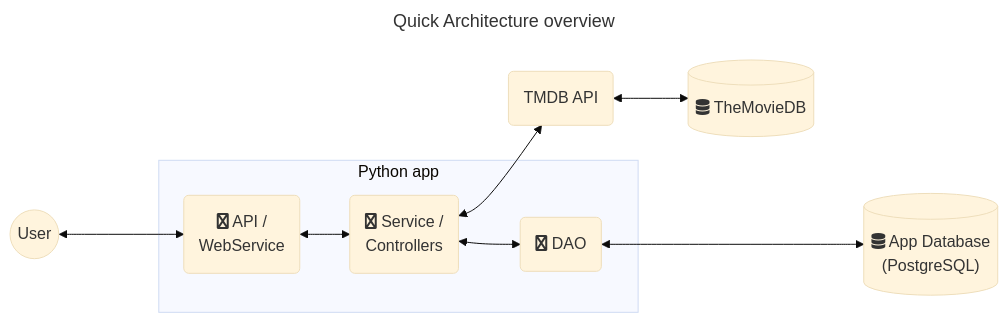
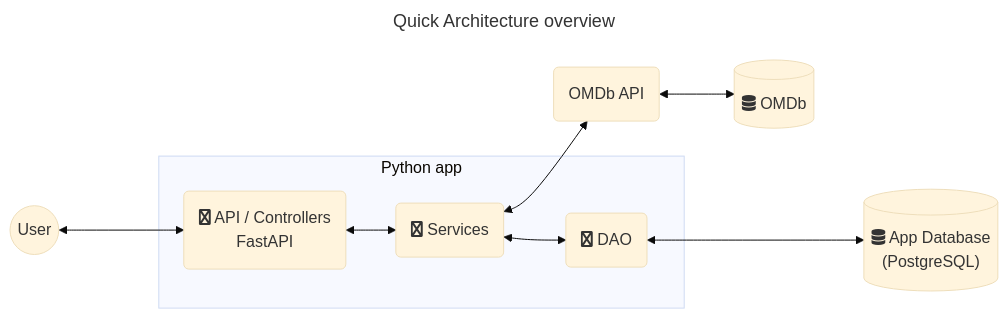
The diagram in ARCHITECTURE.md (admzrgln/ensai-it-project-2a-team8), drawn with Mermaid (base theme) before and after one commit. The commit also changed other lines of this file and 3 other files, not shown here.

````diff
--- a/ARCHITECTURE.md
+++ b/ARCHITECTURE.md
@@ -3,21 +5,21 @@
 ```mermaid
 ---
 title: Quick Architecture overview
 ---
     graph LR
     USR((User))
     DB[("fa:fa-database App Database \n (PostgreSQL)" )]
-    API(fa:fa-python API / \n WebService)
+    API(fa:fa-python API / Controllers \n FastAPI)
+    SVC(fa:fa-python Services)
     DAO(fa:fa-python DAO)
-    SVC(fa:fa-python Service / \n Controllers )
-    MDB[(fa:fa-database TheMovieDB)]
-    MDBAPI(TMDB API)
+    OMDB[(fa:fa-database OMDb)]
+    OMDBAPI(OMDb API)
 
     USR<--->API
-        subgraph Python app 
+        subgraph Python app
             API<-->SVC<-->DAO
         end
     DAO<--->DB
-    MDBAPI <--> MDB
-    SVC <--> MDBAPI
+    OMDBAPI <--> OMDB
+    SVC <--> OMDBAPI
 ```
````
